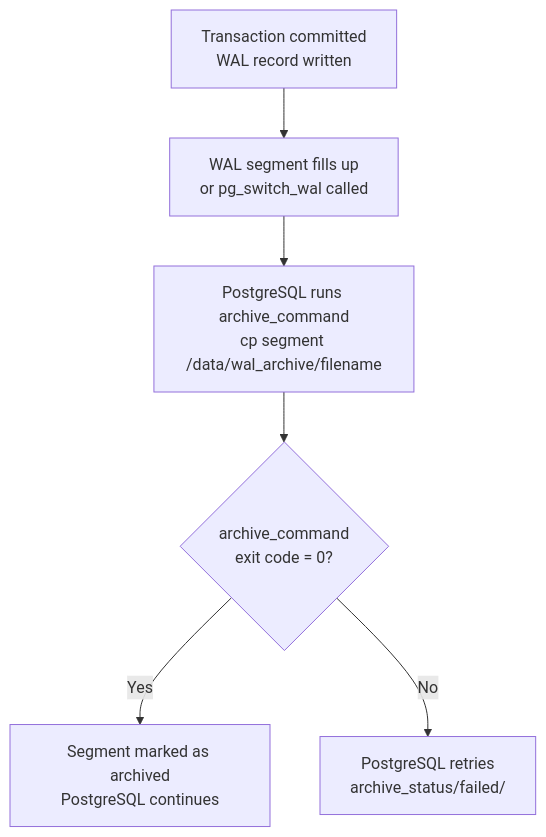
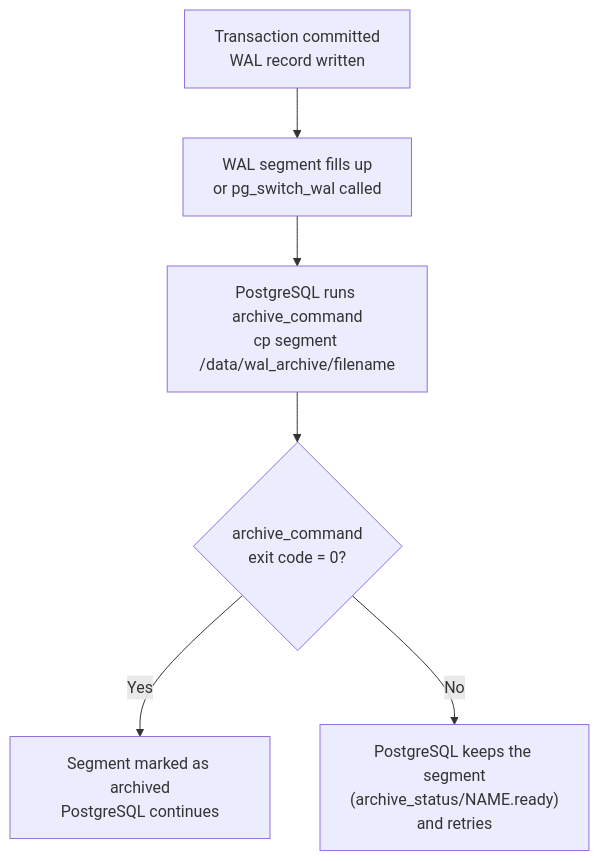
The second of 2 diagrams in postgresql/backup-and-recovery/wal-archiving-and-pitr.md (iyafes/database-ops-lab-guides), drawn with Mermaid before and after one commit. The commit also changed other lines of this file and 31 other files, not shown here.

````diff
--- a/postgresql/backup-and-recovery/wal-archiving-and-pitr.md
+++ b/postgresql/backup-and-recovery/wal-archiving-and-pitr.md
@@ -454,8 +454,8 @@
 ```mermaid
 graph TD
     A["Transaction committed<br/>WAL record written"] --> B["WAL segment fills up<br/>or pg_switch_wal called"]
     B --> C["PostgreSQL runs archive_command<br/>cp segment /data/wal_archive/filename"]
     C --> D{"archive_command<br/>exit code = 0?"}
     D -->|"Yes"| E["Segment marked as archived<br/>PostgreSQL continues"]
-    D -->|"No"| F["PostgreSQL retries<br/>archive_status/failed/"]
+    D -->|"No"| F["PostgreSQL keeps the segment<br/>(archive_status/NAME.ready)<br/>and retries"]
 ```
````
